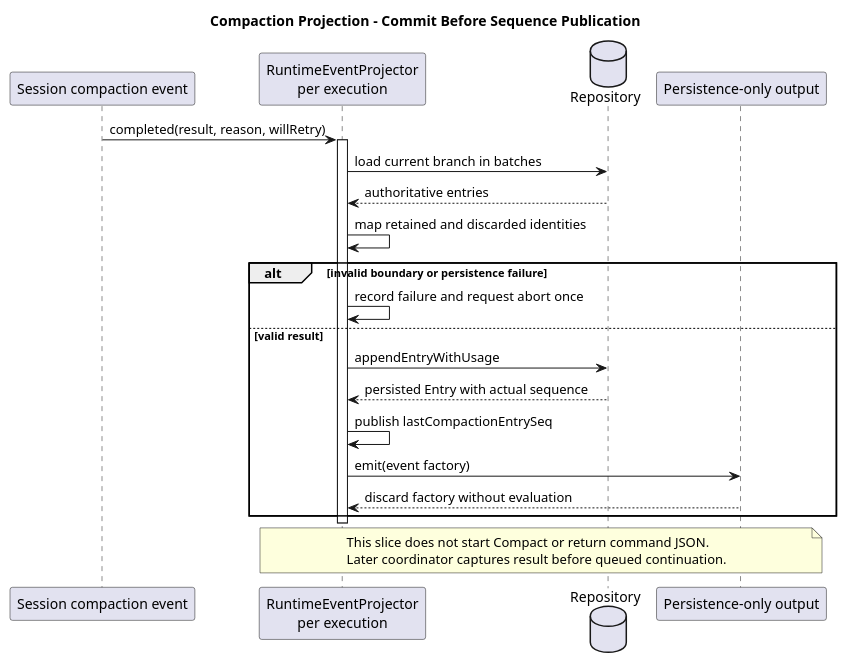
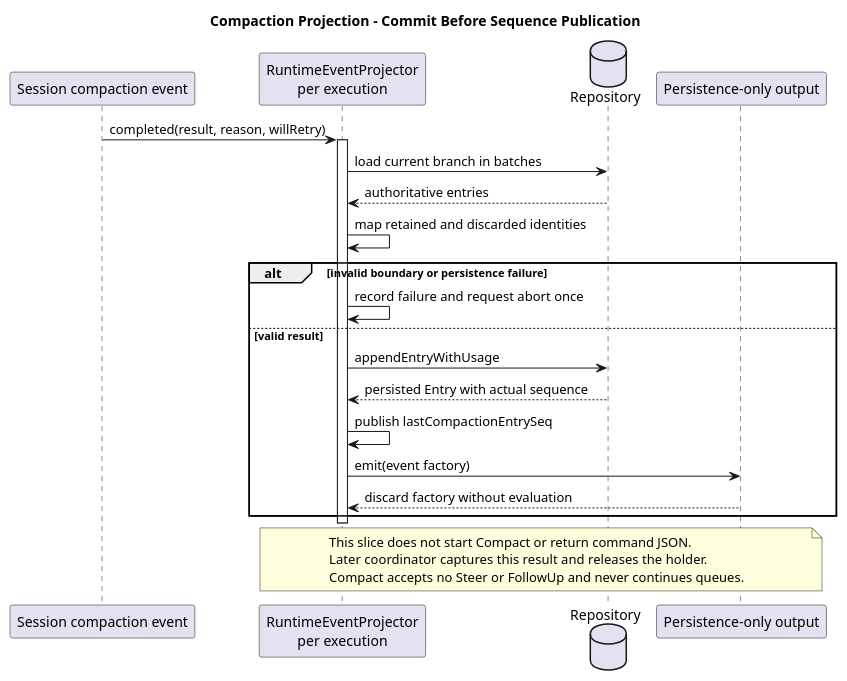
The second of 2 diagrams in docs/designs/compact-runtime-output/diagram.puml (2862282695gjh-afk/pi-mono-java), drawn with PlantUML before and after one commit. The commit also changed 23 other files, not shown here.

```diff
--- a/docs/designs/compact-runtime-output/diagram.puml
+++ b/docs/designs/compact-runtime-output/diagram.puml
@@ -41,31 +41,33 @@
 @startuml compact_persistence_sequence
 title Compaction Projection - Commit Before Sequence Publication
 ' Source evidence: pi-mono-java@defb6880 modules/coding-agent-cli/src/main/java/com/campusclaw/codingagent/runtimeapi/event/RuntimeEventProjector.java:projectCompactionCompleted,lastCompactionEntrySeq.
 ' Source evidence: pi-mono-java@ee89ff00 modules/coding-agent-cli/src/main/java/com/campusclaw/codingagent/runtimeapi/event/RuntimeEntryCodec.java:toAgentContextEntryIds,effectiveContextEntries.
-' Design reason: usage and queued messages must not replace the compaction entry sequence.
+' Design reason: usage must not replace the compaction entry sequence; Compact never continues a control queue.
+' Current contract: pi-mono-java-design@0a113ce8 Built-in README section 7 prohibits queued continuation.
 ' Target-only: Compact acceptance and its independent completion handle are delivered in later slices.
 skinparam shadowing false
 participant "Session compaction event" as Session
 participant "RuntimeEventProjector\nper execution" as Projector
 database Repository
 participant "Persistence-only output" as Output
 Session -> Projector : completed(result, reason, willRetry)
 activate Projector
 Projector -> Repository : load current branch in batches
 Repository --> Projector : authoritative entries
 Projector -> Projector : map retained and discarded identities
 alt invalid boundary or persistence failure
   Projector -> Projector : record failure and request abort once
 else valid result
   Projector -> Repository : appendEntryWithUsage
   Repository --> Projector : persisted Entry with actual sequence
   Projector -> Projector : publish lastCompactionEntrySeq
   Projector -> Output : emit(event factory)
   Output --> Projector : discard factory without evaluation
 end
 deactivate Projector
 note over Projector,Output
   This slice does not start Compact or return command JSON.
-  Later coordinator captures result before queued continuation.
+  Later coordinator captures this result and releases the holder.
+  Compact accepts no Steer or FollowUp and never continues queues.
 end note
 @enduml
```
